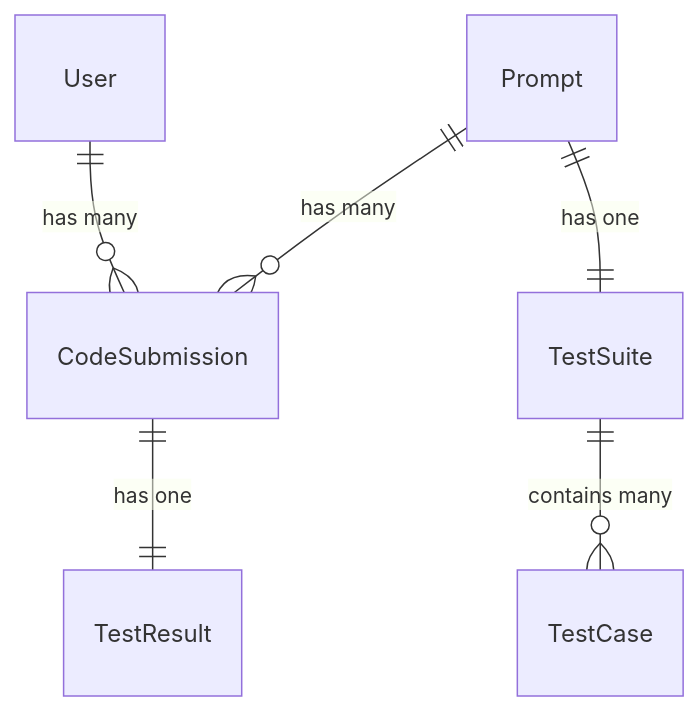
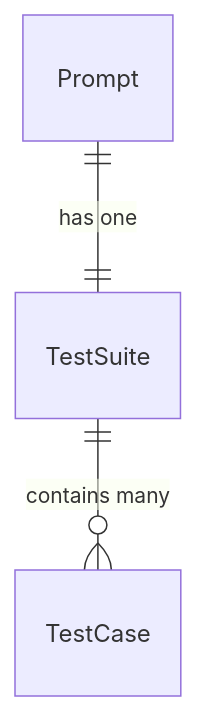
The diagram in README.md (shacon/roodle), drawn with Mermaid before and after one commit. The commit also changed other lines of this file and 1 other file, not shown here.

````diff
--- a/README.md
+++ b/README.md
@@ -5,8 +15,7 @@
 ```mermaid
 erDiagram
-User ||--o{ CodeSubmission : "has many"
-Prompt ||--o{ CodeSubmission : "has many"
+
 Prompt ||--|| TestSuite : "has one"
 TestSuite ||--o{ TestCase : "contains many"
-CodeSubmission ||--|| TestResult : "has one"
+
 ```
````
